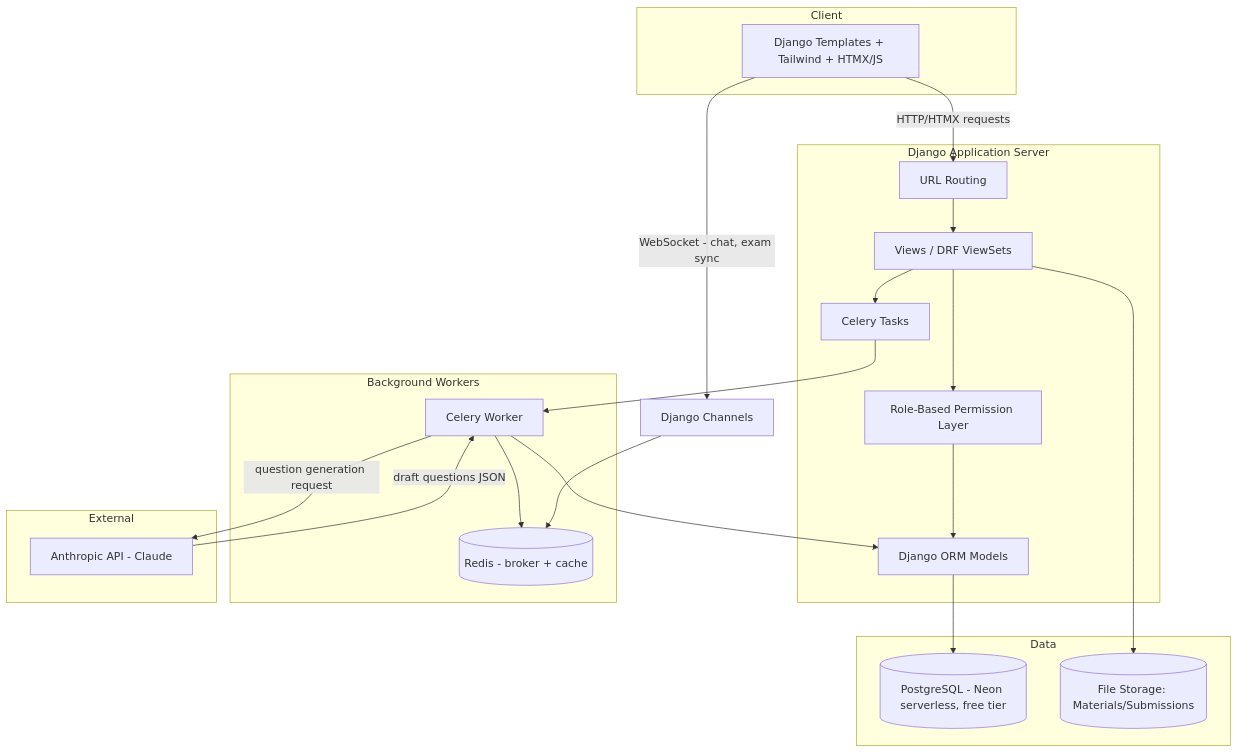
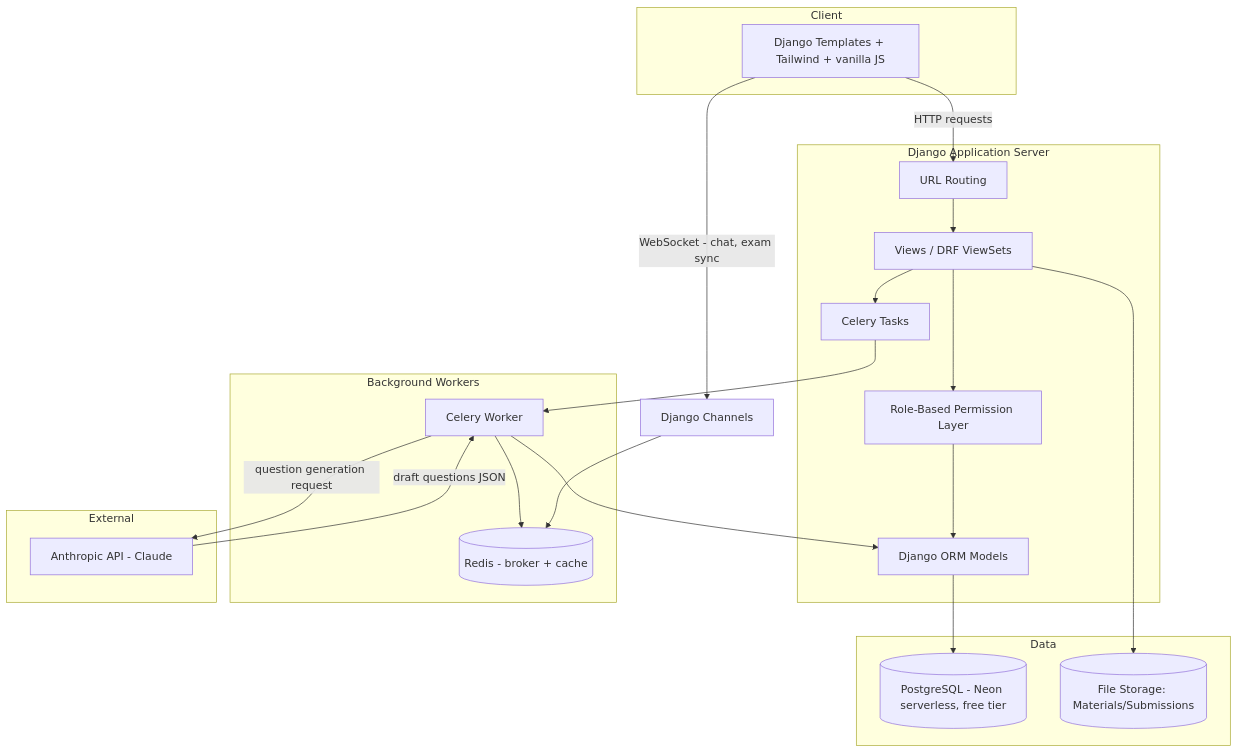
One commit to Alpha-coder25/Scholaris_NITER changed the first of 3 diagrams in technology.md. Above: the diagram before and after it, drawn with Mermaid. The commit also changed other lines of this file and 6 other files, not shown here.

````diff
--- a/technology.md
+++ b/technology.md
@@ -20,43 +21,43 @@
 ```mermaid
 flowchart TB
     subgraph Client
-        UI[Django Templates + Tailwind + HTMX/JS]
+        UI[Django Templates + Tailwind + vanilla JS]
     end
 
     subgraph Server["Django Application Server"]
         URLs[URL Routing]
         Views[Views / DRF ViewSets]
         Perms[Role-Based Permission Layer]
         Models[Django ORM Models]
         Tasks[Celery Tasks]
     end
 
     subgraph Async["Background Workers"]
         Celery[Celery Worker]
         Redis[(Redis - broker + cache)]
     end
 
     subgraph Data
         PG[(PostgreSQL - Neon serverless, free tier)]
         FS[(File Storage: Materials/Submissions)]
     end
 
     subgraph External
         Claude[Anthropic API - Claude]
     end
 
-    UI -->|HTTP/HTMX requests| URLs
+    UI -->|HTTP requests| URLs
     UI -->|WebSocket - chat, exam sync| Channels[Django Channels]
     URLs --> Views
     Views --> Perms
     Perms --> Models
     Models --> PG
     Views --> Tasks
     Tasks --> Celery
     Celery --> Redis
     Celery -->|question generation request| Claude
     Claude -->|draft questions JSON| Celery
     Celery --> Models
     Views --> FS
     Channels --> Redis
 ```
````
